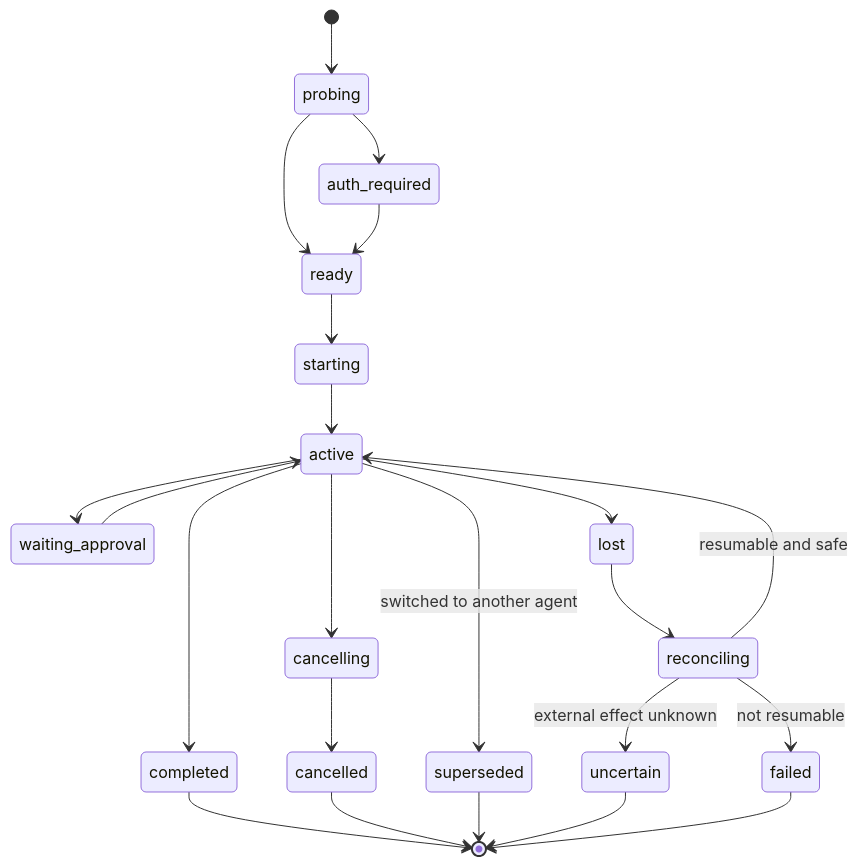
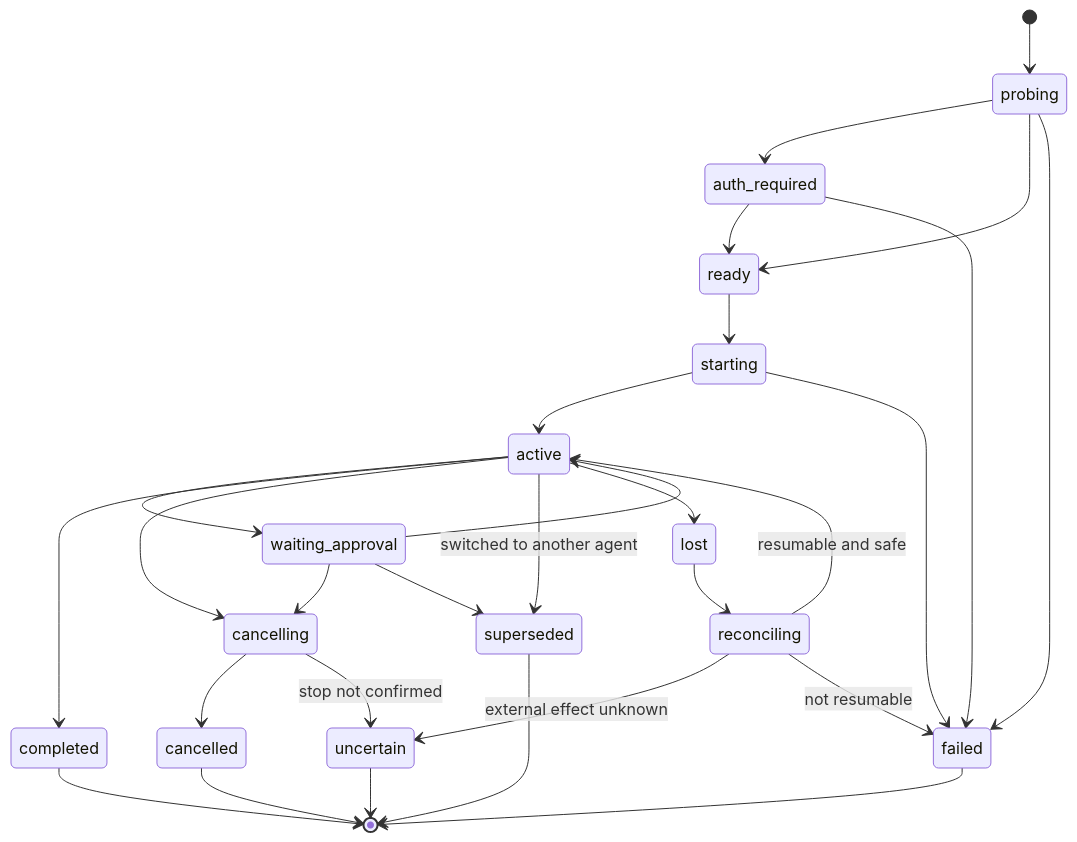
The diagram in docs/architecture/03-agent-runtime-and-auth.md (AltharIDE/althar), drawn with Mermaid before and after one commit. The commit also changed other lines of this file and 17 other files, not shown here.

````diff
--- a/docs/architecture/03-agent-runtime-and-auth.md
+++ b/docs/architecture/03-agent-runtime-and-auth.md
@@ -323,25 +323,31 @@
 ```mermaid
 stateDiagram-v2
     [*] --> probing
     probing --> auth_required
     probing --> ready
+    probing --> failed
     auth_required --> ready
+    auth_required --> failed
     ready --> starting
     starting --> active
+    starting --> failed
     active --> waiting_approval
     waiting_approval --> active
     active --> completed
     active --> cancelling
+    waiting_approval --> cancelling
     cancelling --> cancelled
+    cancelling --> uncertain: stop not confirmed
     active --> superseded: switched to another agent
+    waiting_approval --> superseded
     active --> lost
     lost --> reconciling
     reconciling --> active: resumable and safe
     reconciling --> uncertain: external effect unknown
     reconciling --> failed: not resumable
     completed --> [*]
     cancelled --> [*]
     superseded --> [*]
     uncertain --> [*]
     failed --> [*]
 ```
````
